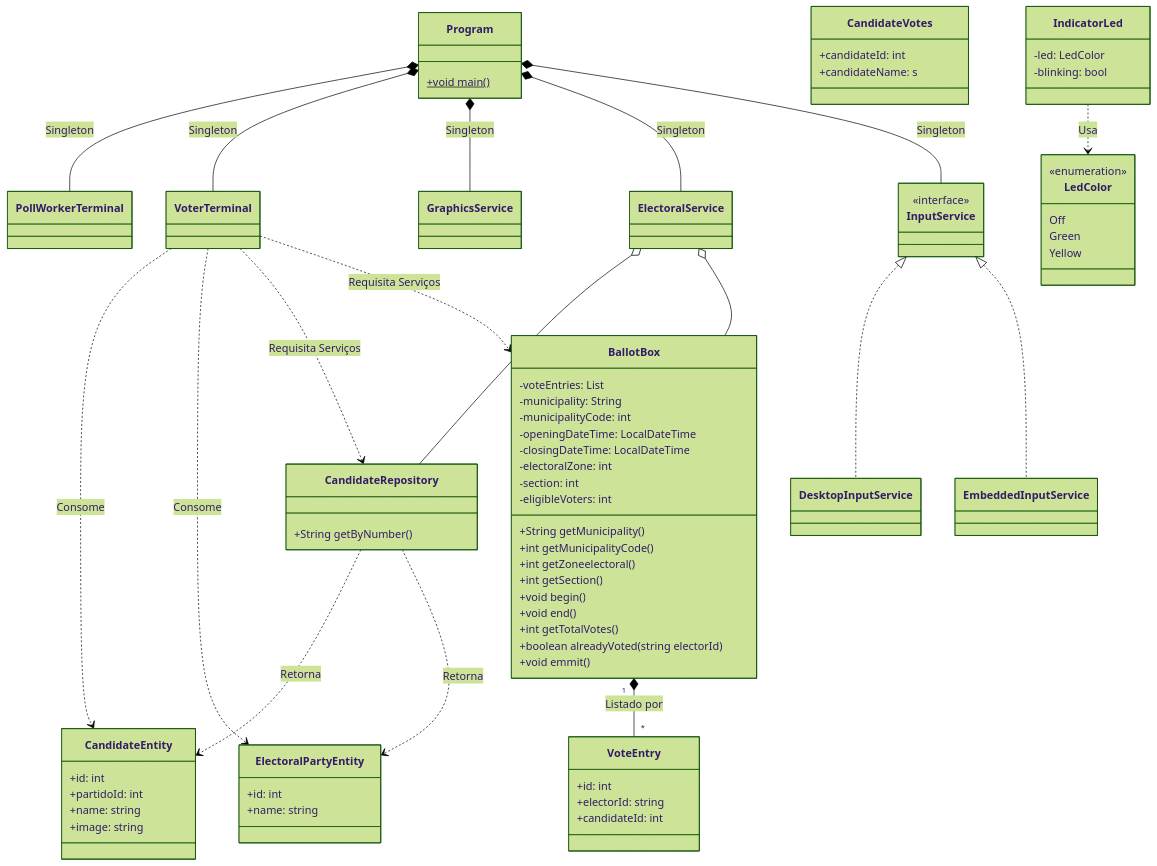
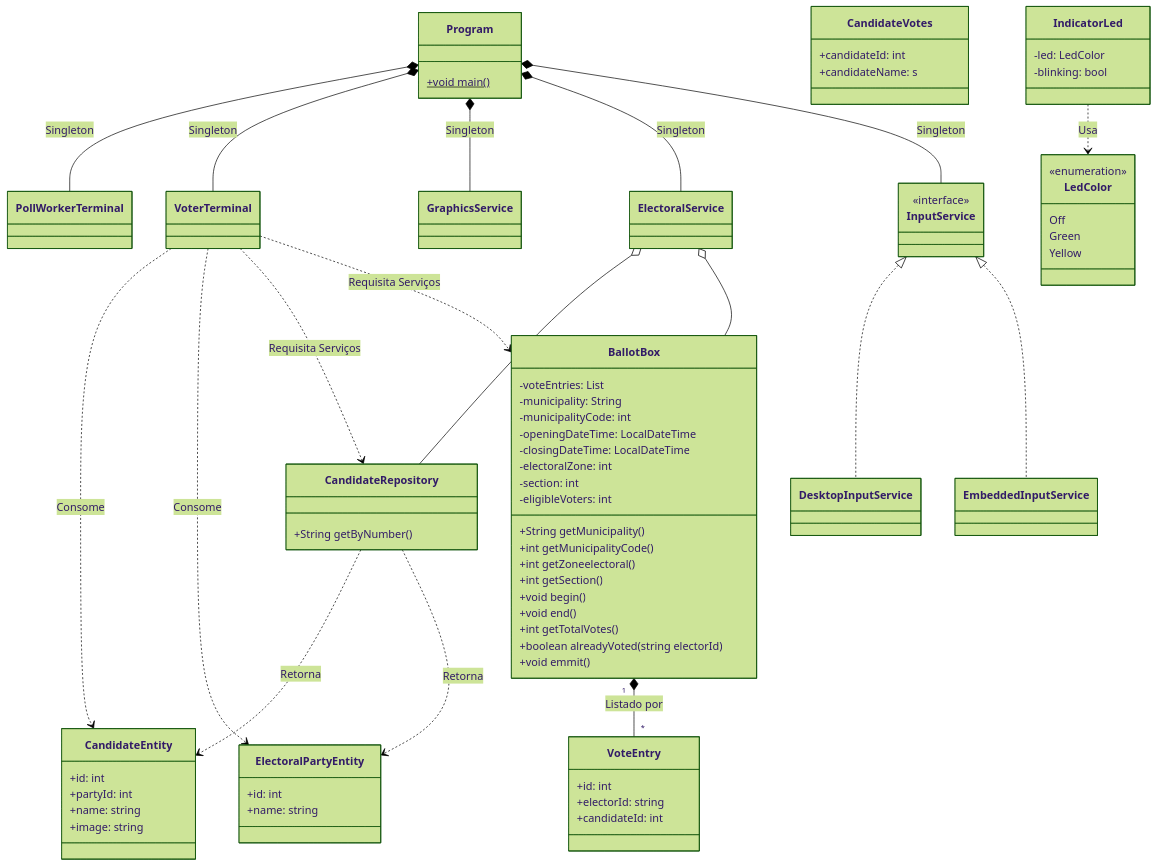
One commit to Augusto-Caique/urna-eletronica changed the diagram in class-diagram.mermaid. Above: the diagram before and after it, drawn with Mermaid (forest theme).

```diff
--- a/class-diagram.mermaid
+++ b/class-diagram.mermaid
@@ -1,127 +1,127 @@
 classDiagram
 
 class Program {
     +void main()$
 }
 
 class GraphicsService {
     
 }
 
 class ElectoralService {
 
 }
 
 class InputService <<interface>> {
 
 }
 
 class DesktopInputService {
     %%Raspberry Pi
 }
 
 class EmbeddedInputService {
 
 }
 
 class CandidateRepository {
     
     +String getByNumber ()
 }
 
 class CandidateEntity {
     %% TODO ver com nirton o encapsulamento das
     %% entidades do DB no java
     +id: int
-    +partidoId: int
+    +partyId: int
     +name: string
     +image: string
 }
 
 class ElectoralPartyEntity {
     %% TODO ver com nirton o encapsulamento das
     %% entidades do DB no java
     +id: int
     +name: string
 }
 
 class VoteEntry {
     %% TODO ver com nirton o encapsulamento das
     %% entidades do DB no java
     +id: int
     +electorId: string
     +candidateId: int
 }
 
 class CandidateVotes {
     +candidateId: int
     +candidateName: s
 }
 
 class BallotBox {
     %% municipality -> 5 digits
     %% UE -> 8 digits
 
     -voteEntries: List<VoteEntry>
     -municipality: String
     -municipalityCode: int 
     -openingDateTime: LocalDateTime
     -closingDateTime: LocalDateTime
     -electoralZone: int
     -section: int
     -eligibleVoters: int
     
     +String getMunicipality()
     +int getMunicipalityCode()
     +int getZoneelectoral()
     +int getSection()
 
     +void begin()
     +void end()
 
     +int getTotalVotes()
     +boolean alreadyVoted(string electorId)
 
     +void emmit()
 }
 
 class PollWorkerTerminal {
     
 }
 
 class VoterTerminal {
     
 }
 
 class IndicatorLed {
     -led: LedColor
     -blinking: bool
 }
 
 class LedColor <<enumeration>> {
     Off
     Green
     Yellow
 }
 
 Program *-- PollWorkerTerminal : Singleton
 Program *-- VoterTerminal : Singleton
 Program *-- GraphicsService : Singleton
 Program *-- ElectoralService : Singleton
 Program *-- InputService : Singleton
 
 ElectoralService o-- CandidateRepository
 ElectoralService o-- BallotBox
 
 InputService <|.. DesktopInputService
 InputService <|.. EmbeddedInputService
 
 BallotBox "1" *-- "*" VoteEntry : Listado por
 CandidateRepository ..> CandidateEntity : Retorna
 CandidateRepository ..> ElectoralPartyEntity : Retorna
 VoterTerminal ..> CandidateEntity : Consome
 VoterTerminal ..> ElectoralPartyEntity : Consome
 VoterTerminal ..> CandidateRepository : Requisita Serviços
 VoterTerminal ..> BallotBox : Requisita Serviços
 
 IndicatorLed ..> LedColor : Usa
```
